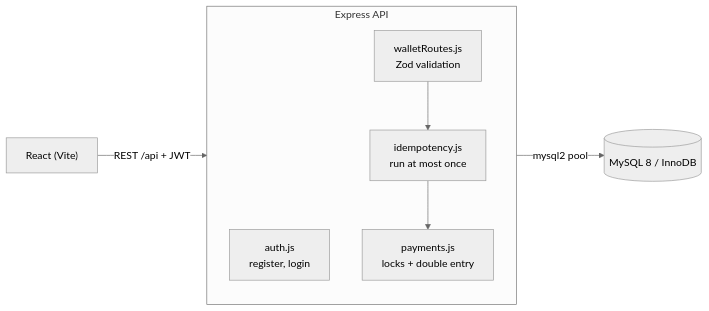
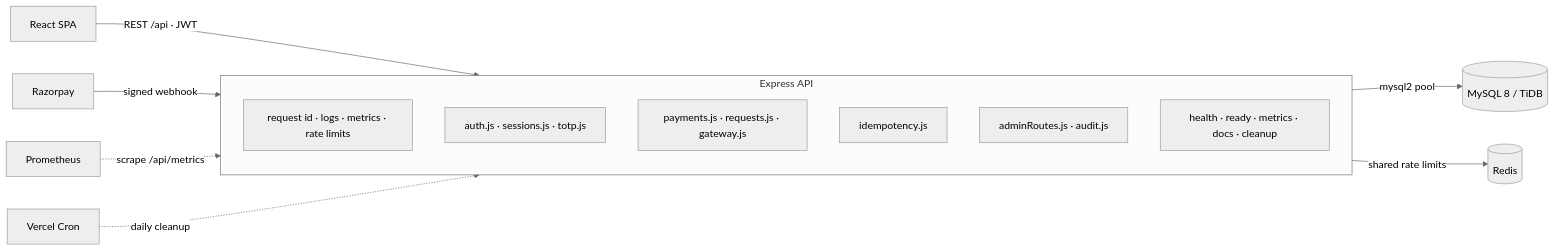
Before and after one commit to assmitha2004/Digital_wallet: the second of 2 diagrams in README.md, drawn with Mermaid (neutral theme). The commit also changed other lines of this file and 12 other files, not shown here.

First line of the commit message:
Docs, deployment and CI for v2: README, DESIGN.md, OpenAPI, Vercel cron and headers, Redis in compose

````diff
--- a/README.md
+++ b/README.md
@@ -123,12 +132,18 @@
 ```mermaid
 flowchart LR
-  UI["React (Vite)"] -->|"REST /api + JWT"| API
+  UI["React SPA"] -->|"REST /api · JWT"| API
+  RZP["Razorpay"] -->|"signed webhook"| API
   subgraph API["Express API"]
-    AUTH["auth.js<br/>register, login"]
-    ROUTES["walletRoutes.js<br/>Zod validation"]
-    IDEM["idempotency.js<br/>run at most once"]
-    PAY["payments.js<br/>locks + double entry"]
-    ROUTES --> IDEM --> PAY
+    direction TB
+    MW["request id · logs · metrics · rate limits"]
+    AUTH["auth.js · sessions.js · totp.js"]
+    PAY["payments.js · requests.js · gateway.js"]
+    IDEM["idempotency.js"]
+    ADMIN["adminRoutes.js · audit.js"]
+    OPS["health · ready · metrics · docs · cleanup"]
   end
-  API -->|"mysql2 pool"| DB[("MySQL 8 / InnoDB")]
+  API -->|"mysql2 pool"| DB[("MySQL 8 / TiDB")]
+  API -->|"shared rate limits"| R[("Redis")]
+  PROM["Prometheus"] -.->|"scrape /api/metrics"| API
+  CRON["Vercel Cron"] -.->|"daily cleanup"| API
 ```
````
